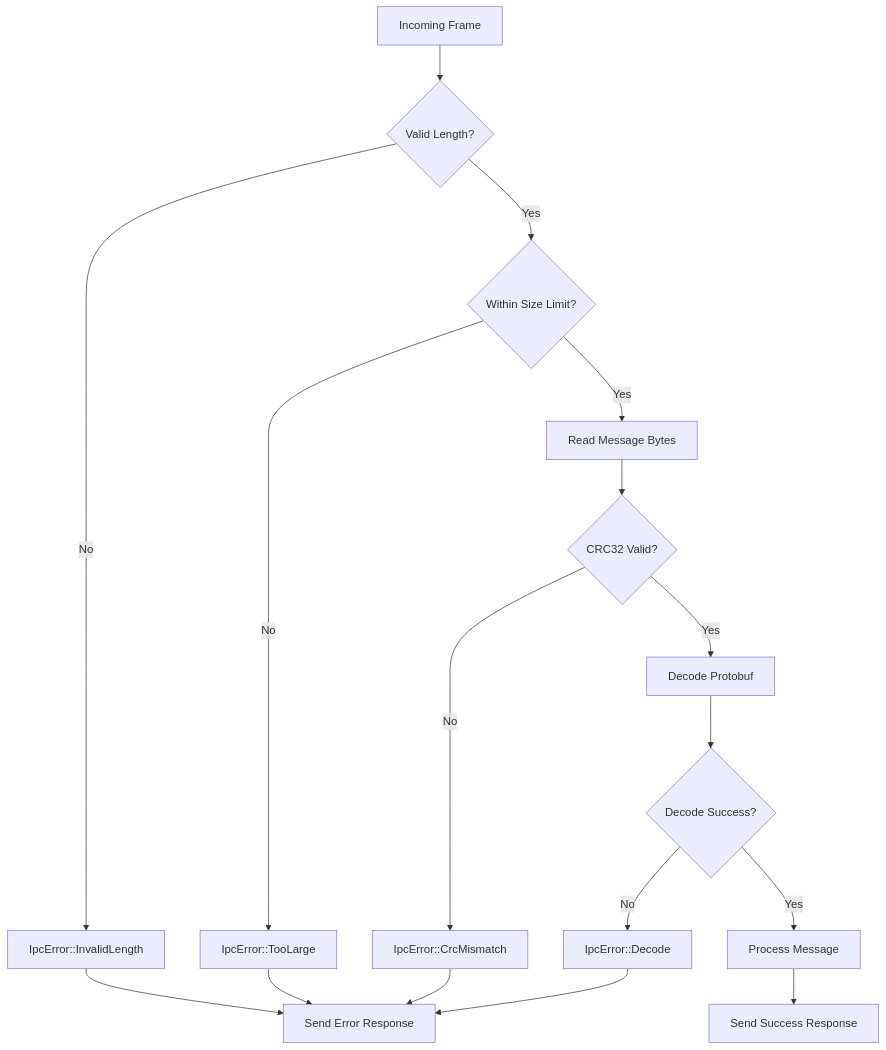
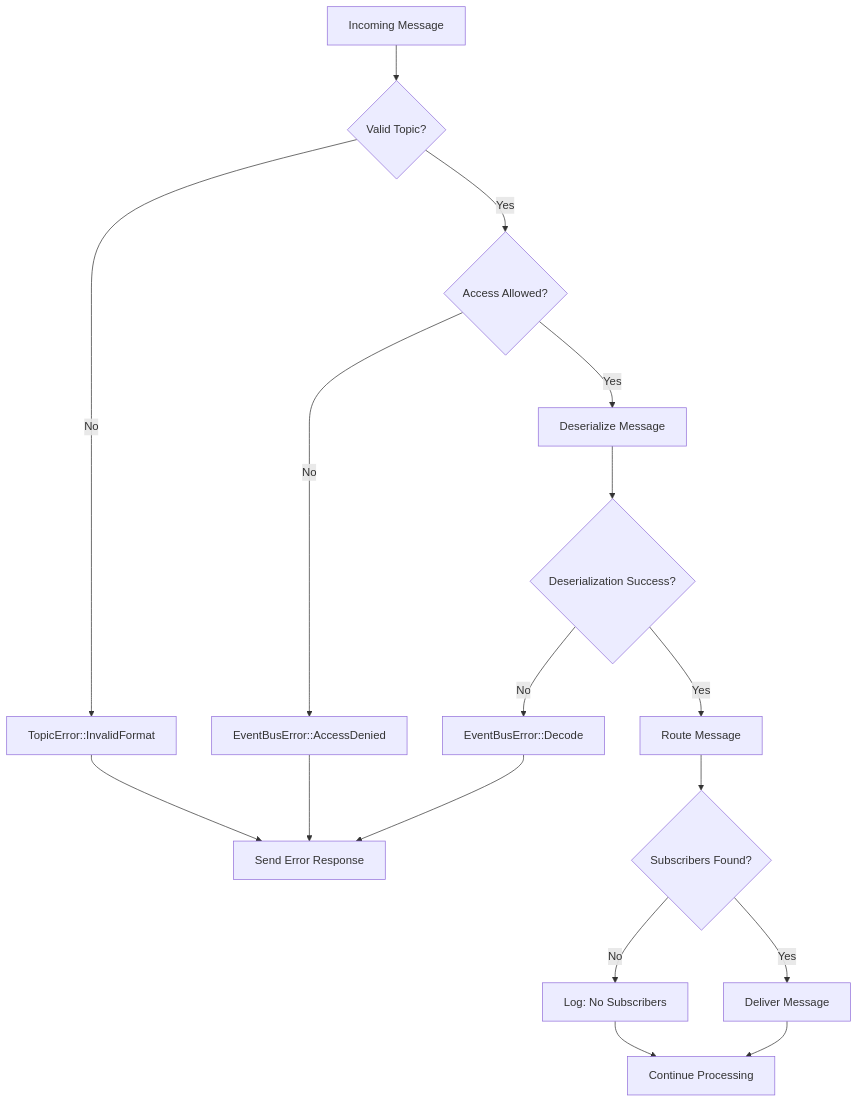
One commit to EvilBit-Labs/DaemonEye changed the fifth of 6 diagrams in .kiro/specs/daemoneye-core-monitoring/design.md. Above: the diagram before and after it, drawn with Mermaid. The commit also changed other lines of this file, not shown here.

First line of the commit message:
docs(architecture): Update daemoneye-core-monitoring design with EventBus integration

````diff
--- a/.kiro/specs/daemoneye-core-monitoring/design.md
+++ b/.kiro/specs/daemoneye-core-monitoring/design.md
@@ -635,20 +761,20 @@
 ```mermaid
 flowchart TD
-    A["Incoming Frame"] --> B{"Valid Length?"}
-    B -->|No| C["IpcError::InvalidLength"]
-    B -->|Yes| D{"Within Size Limit?"}
-    D -->|No| E["IpcError::TooLarge"]
-    D -->|Yes| F["Read Message Bytes"]
-    F --> G{"CRC32 Valid?"}
-    G -->|No| H["IpcError::CrcMismatch"]
-    G -->|Yes| I["Decode Protobuf"]
-    I --> J{"Decode Success?"}
-    J -->|No| K["IpcError::Decode"]
-    J -->|Yes| L["Process Message"]
+    A["Incoming Message"] --> B{"Valid Topic?"}
+    B -->|No| C["TopicError::InvalidFormat"]
+    B -->|Yes| D{"Access Allowed?"}
+    D -->|No| E["EventBusError::AccessDenied"]
+    D -->|Yes| F["Deserialize Message"]
+    F --> G{"Deserialization Success?"}
+    G -->|No| H["EventBusError::Decode"]
+    G -->|Yes| I["Route Message"]
+    I --> J{"Subscribers Found?"}
+    J -->|No| K["Log: No Subscribers"]
+    J -->|Yes| L["Deliver Message"]
 
     C --> M["Send Error Response"]
     E --> M
     H --> M
-    K --> M
-    L --> N["Send Success Response"]
+    K --> N["Continue Processing"]
+    L --> N
 ```
````
